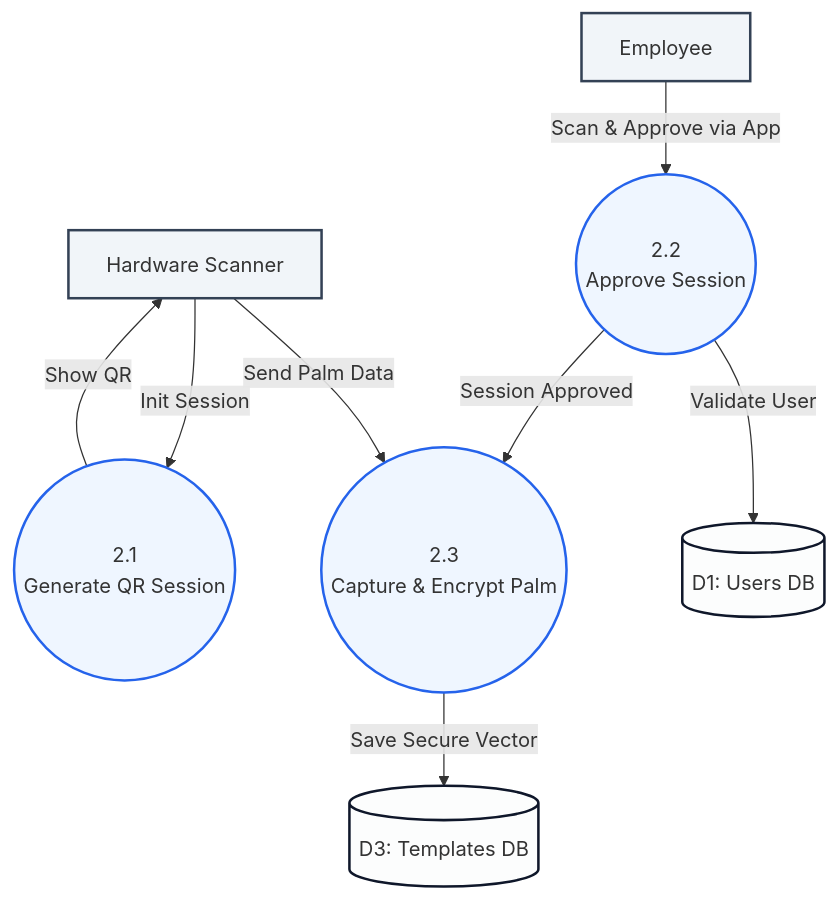
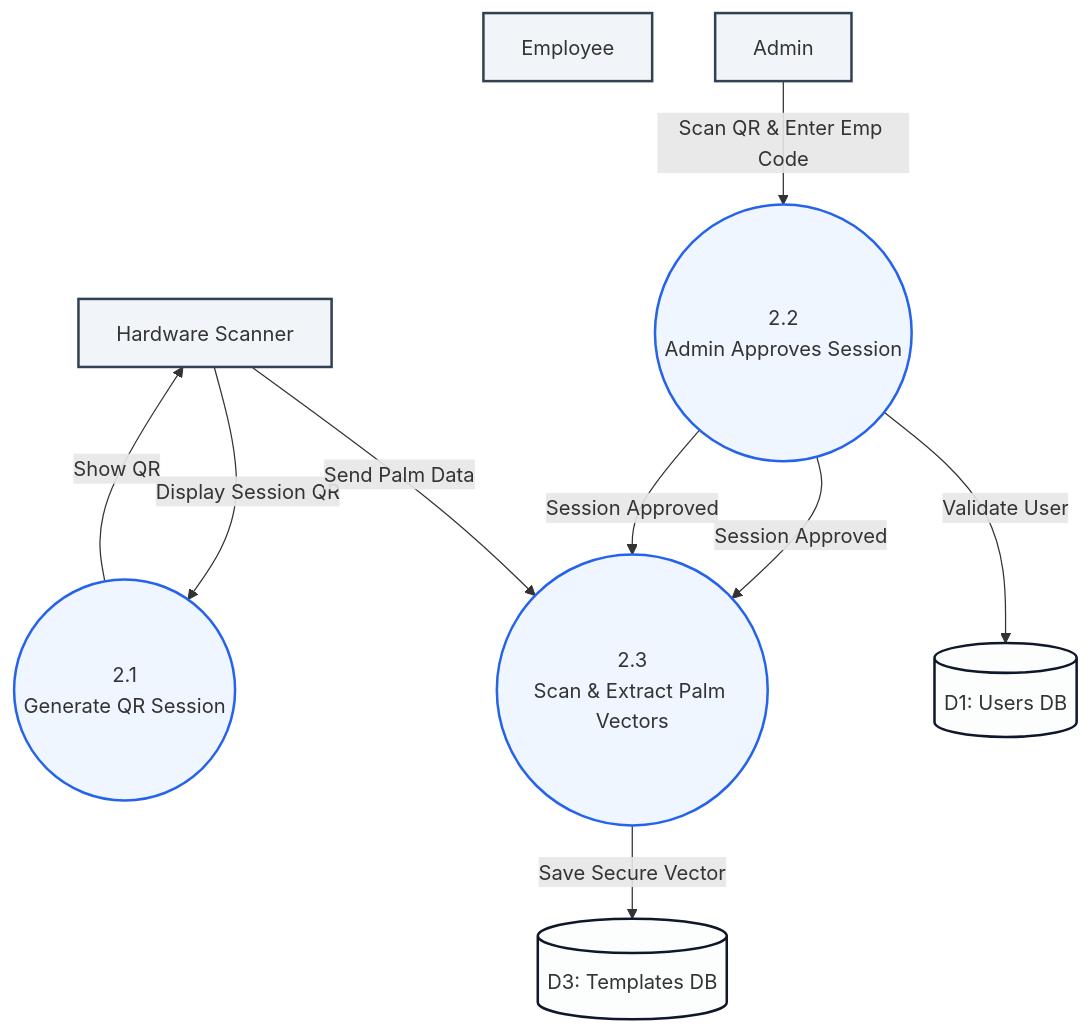
The seventh of 13 diagrams in USER_MANUAL.md (Touy2004/palm-back-end), drawn with Mermaid before and after one commit. The commit also changed other lines of this file and 10 other files, not shown here.

Commit message:
feat: change pairing approval to admin-only using employee_code and update all docs

````diff
--- a/USER_MANUAL.md
+++ b/USER_MANUAL.md
@@ -371,26 +372,28 @@
 ```mermaid
 flowchart TD
     Device[Hardware Scanner]:::entity
     Employee[Employee]:::entity
+    Admin[Admin]:::entity
     
     P2_1((2.1<br/>Generate QR Session)):::process
-    P2_2((2.2<br/>Approve Session)):::process
-    P2_3((2.3<br/>Capture & Encrypt Palm)):::process
+    P2_2((2.2<br/>Admin Approves Session)):::process
+    P2_3((2.3<br/>Scan & Extract Palm Vectors)):::process
     
     D1[(D1: Users DB)]:::datastore
     D3[(D3: Templates DB)]:::datastore
     
-    Device -- "Init Session" --> P2_1
+    Device -- "Display Session QR" --> P2_1
+    Admin -- "Scan QR & Enter Emp Code" --> P2_2
+    P2_2 -- "Session Approved" --> P2_3
     P2_1 -- "Show QR" --> Device
     
-    Employee -- "Scan & Approve via App" --> P2_2
     P2_2 -- "Validate User" --> D1
     P2_2 -- "Session Approved" --> P2_3
     
     Device -- "Send Palm Data" --> P2_3
     P2_3 -- "Save Secure Vector" --> D3
 
     classDef entity fill:#f1f5f9,stroke:#334155,stroke-width:2px,shape:rect
     classDef process fill:#eff6ff,stroke:#2563eb,stroke-width:2px,shape:circle
     classDef datastore fill:#fcfdfd,stroke:#0f172a,stroke-width:2px,shape:cylinder
 ```
````
